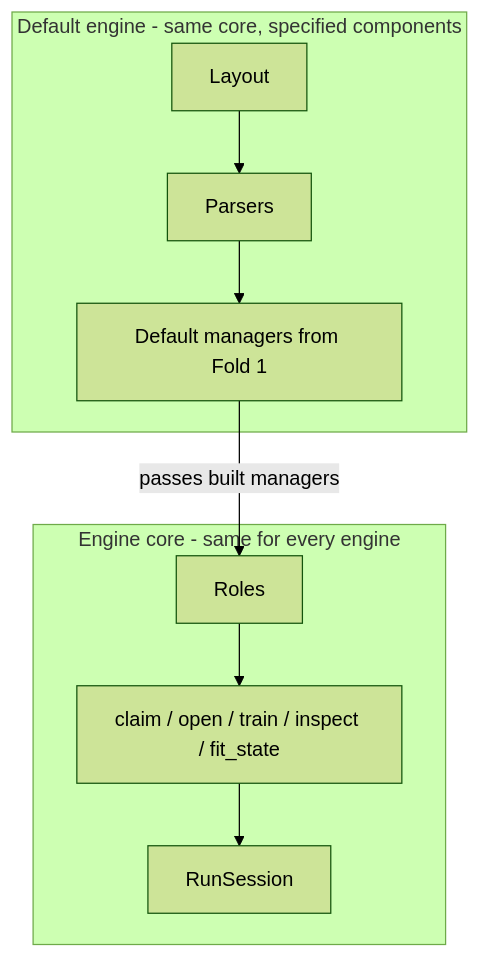
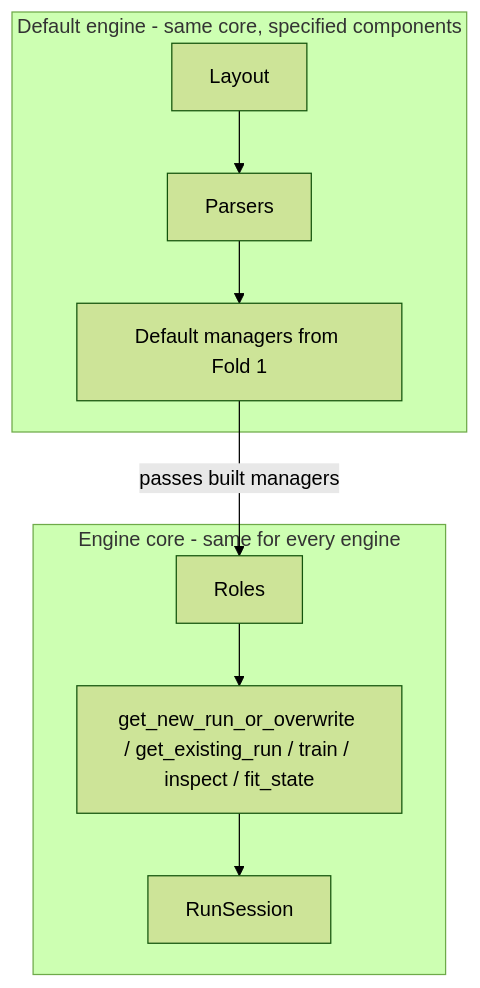
One commit to ayhem18/dl_toolbox changed the second of 2 diagrams in standards/exp_mng_engine/overview.md. Above: the diagram before and after it, drawn with Mermaid (forest theme). The commit also changed other lines of this file and 68 other files, not shown here.

````diff
--- a/standards/exp_mng_engine/overview.md
+++ b/standards/exp_mng_engine/overview.md
@@ -33,18 +33,18 @@
 ```mermaid
 flowchart TB
   subgraph core [Engine core - same for every engine]
     roles["Roles"]
-    orch["claim / open / train / inspect / fit_state"]
+    orch["get_new_run_or_overwrite / get_existing_run / train / inspect / fit_state"]
     session["RunSession"]
   end
   subgraph def [Default engine - same core, specified components]
     lay["Layout"]
     par["Parsers"]
     mk["Default managers from Fold 1"]
   end
   lay --> par
   par --> mk
   mk -->|"passes built managers"| roles
   roles --> orch
   orch --> session
 ```
````
